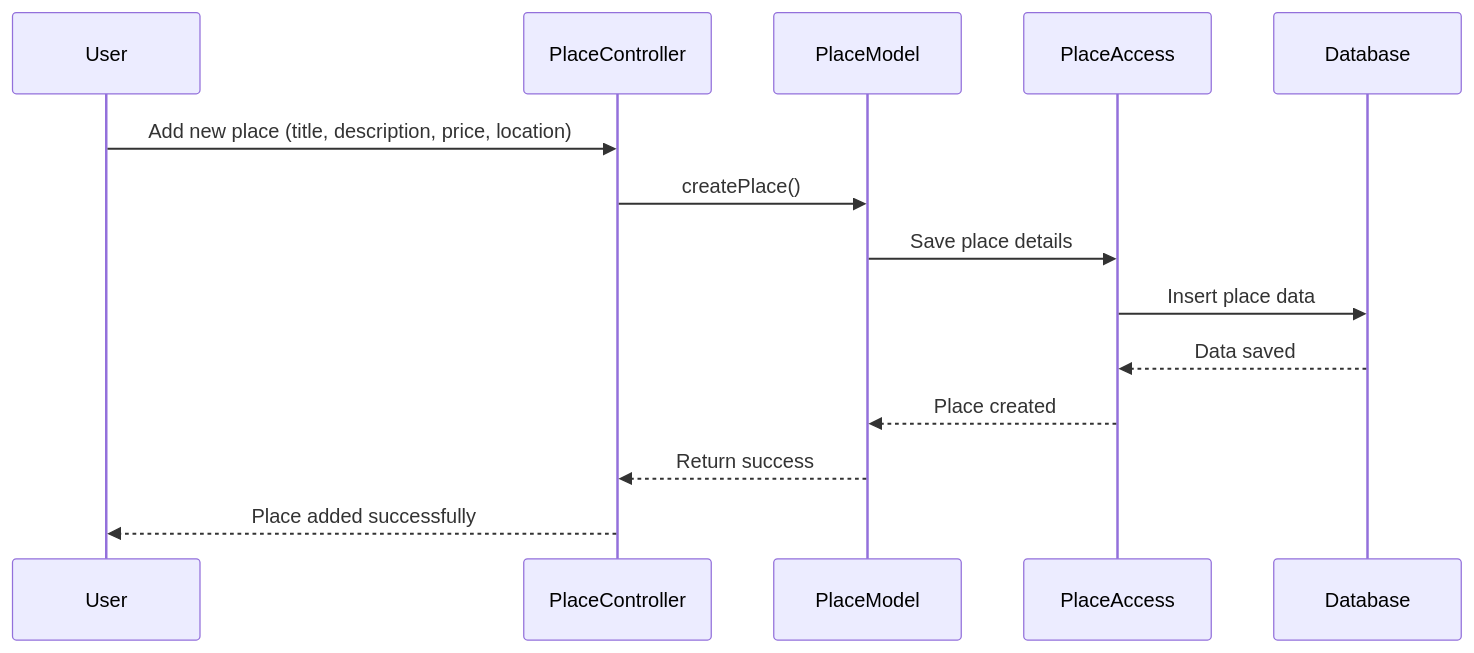
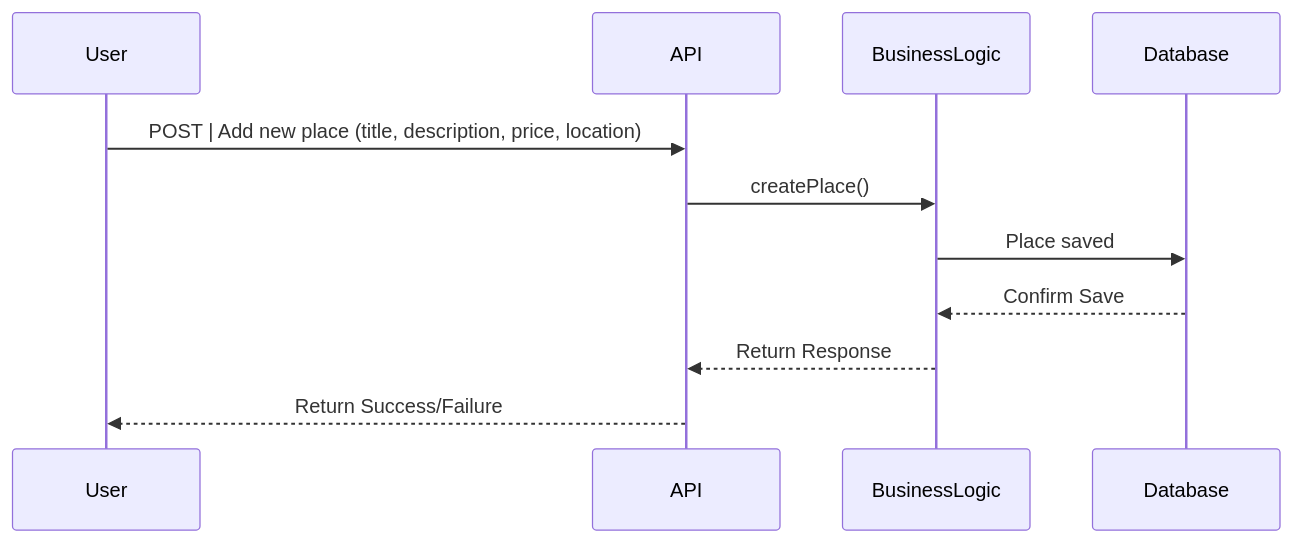
The diagram in diagrams/sequence/place.mmd (melvinredondotanis/holbertonschool-hbnb), drawn with Mermaid before and after one commit.

```diff
--- a/diagrams/sequence/place.mmd
+++ b/diagrams/sequence/place.mmd
@@ -1,15 +1,12 @@
 sequenceDiagram
-    participant User
-    participant PlaceController
-    participant PlaceModel
-    participant PlaceAccess
-    participant Database
+participant User
+participant API
+participant BusinessLogic
+participant Database
 
-    User->>PlaceController: Add new place (title, description, price, location)
-    PlaceController->>PlaceModel: createPlace()
-    PlaceModel->>PlaceAccess: Save place details
-    PlaceAccess->>Database: Insert place data
-    Database-->>PlaceAccess: Data saved
-    PlaceAccess-->>PlaceModel: Place created
-    PlaceModel-->>PlaceController: Return success
-    PlaceController-->>User: Place added successfully
+User->>API: POST | Add new place (title, description, price, location)
+API->>BusinessLogic: createPlace()
+BusinessLogic->>Database: Place saved
+Database-->>BusinessLogic: Confirm Save
+BusinessLogic-->>API: Return Response
+API-->>User: Return Success/Failure
```
